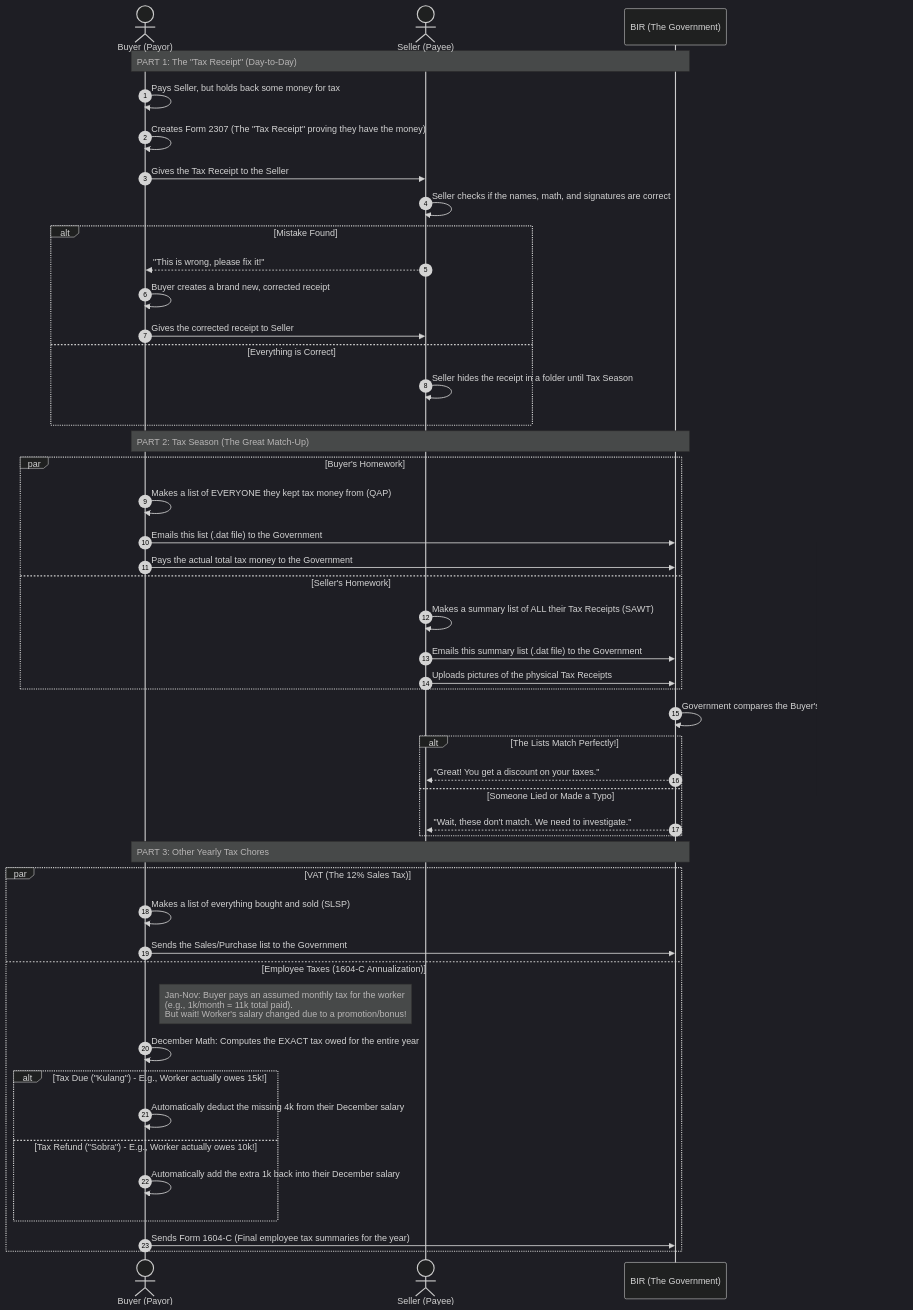
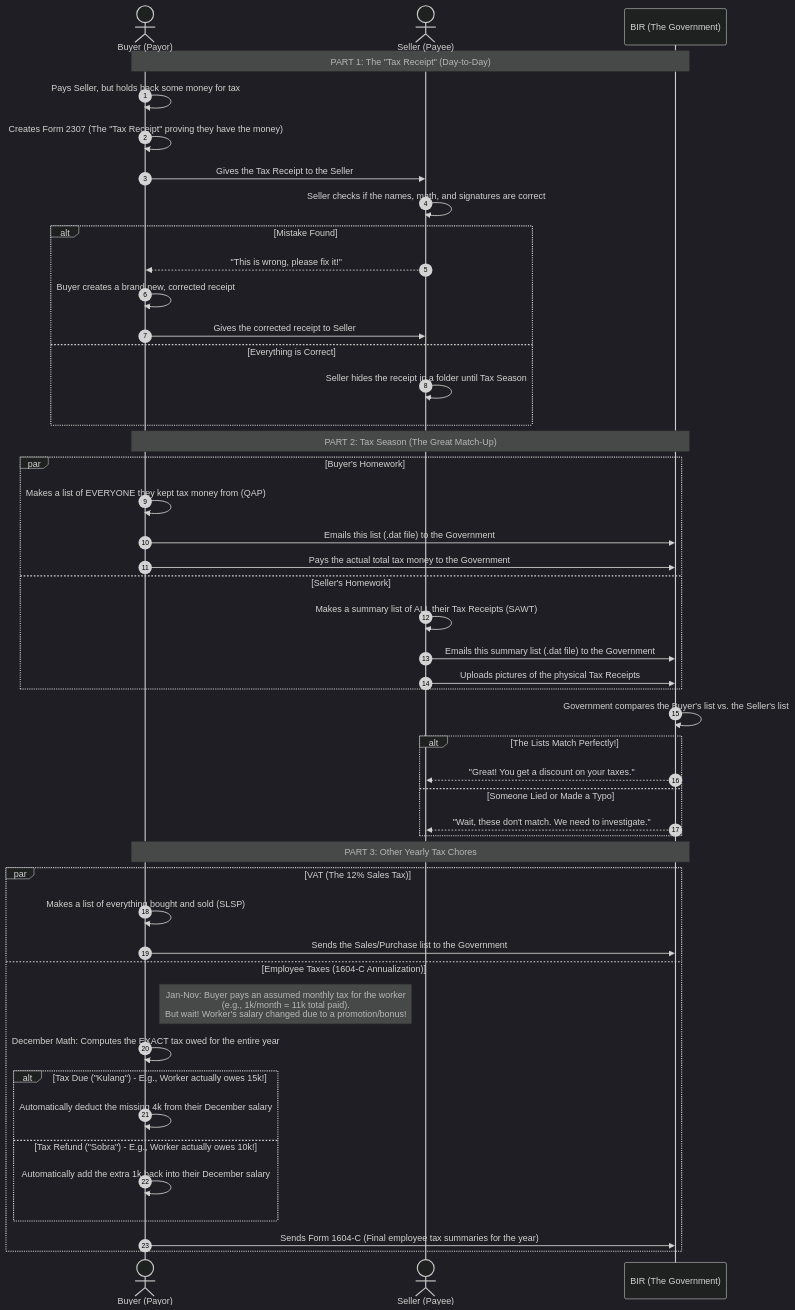
The diagram in overall-flow.md (nvsu-dann/bir-compliance-module-diagram), drawn with Mermaid (dark theme) before and after one commit.

Commit message:
Remove unnecessary Mermaid initialization settings from overall flow diagram

````diff
--- a/overall-flow.md
+++ b/overall-flow.md
@@ -1,59 +1,58 @@
 ```mermaid
-%%{init: {"sequence": {"messageAlign": "left", "noteAlign": "left"}}}%%
 sequenceDiagram
     autonumber
     actor Buyer as Buyer (Payor)
     actor Seller as Seller (Payee)
     participant BIR as BIR (The Government)
 
     note over Buyer, BIR: PART 1: The "Tax Receipt" (Day-to-Day)
     
     Buyer->>Buyer: Pays Seller, but holds back some money for tax
     Buyer->>Buyer: Creates Form 2307 (The "Tax Receipt" proving they have the money)
     Buyer->>Seller: Gives the Tax Receipt to the Seller
     
     Seller->>Seller: Seller checks if the names, math, and signatures are correct
     alt Mistake Found
         Seller-->>Buyer: "This is wrong, please fix it!"
         Buyer->>Buyer: Buyer creates a brand new, corrected receipt
         Buyer->>Seller: Gives the corrected receipt to Seller
     else Everything is Correct
         Seller->>Seller: Seller hides the receipt in a folder until Tax Season
     end
 
     note over Buyer, BIR: PART 2: Tax Season (The Great Match-Up)
     
     par Buyer's Homework
         Buyer->>Buyer: Makes a list of EVERYONE they kept tax money from (QAP)
         Buyer->>BIR: Emails this list (.dat file) to the Government
         Buyer->>BIR: Pays the actual total tax money to the Government
     and Seller's Homework
         Seller->>Seller: Makes a summary list of ALL their Tax Receipts (SAWT)
         Seller->>BIR: Emails this summary list (.dat file) to the Government
         Seller->>BIR: Uploads pictures of the physical Tax Receipts
     end
     
     BIR->>BIR: Government compares the Buyer's list vs. the Seller's list
     
     alt The Lists Match Perfectly!
         BIR-->>Seller: "Great! You get a discount on your taxes."
     else Someone Lied or Made a Typo
         BIR-->>Seller: "Wait, these don't match. We need to investigate."
     end
 
     note over Buyer, BIR: PART 3: Other Yearly Tax Chores
     
     par VAT (The 12% Sales Tax)
         Buyer->>Buyer: Makes a list of everything bought and sold (SLSP)
         Buyer->>BIR: Sends the Sales/Purchase list to the Government
     and Employee Taxes (1604-C Annualization)
         note right of Buyer: Jan-Nov: Buyer pays an assumed monthly tax for the worker<br>(e.g., 1k/month = 11k total paid).<br>But wait! Worker's salary changed due to a promotion/bonus!
         Buyer->>Buyer: December Math: Computes the EXACT tax owed for the entire year
         alt Tax Due ("Kulang") - E.g., Worker actually owes 15k!
             Buyer->>Buyer: Automatically deduct the missing 4k from their December salary
         else Tax Refund ("Sobra") - E.g., Worker actually owes 10k!
             Buyer->>Buyer: Automatically add the extra 1k back into their December salary
         end
         Buyer->>BIR: Sends Form 1604-C (Final employee tax summaries for the year)
     end
 ```
````
